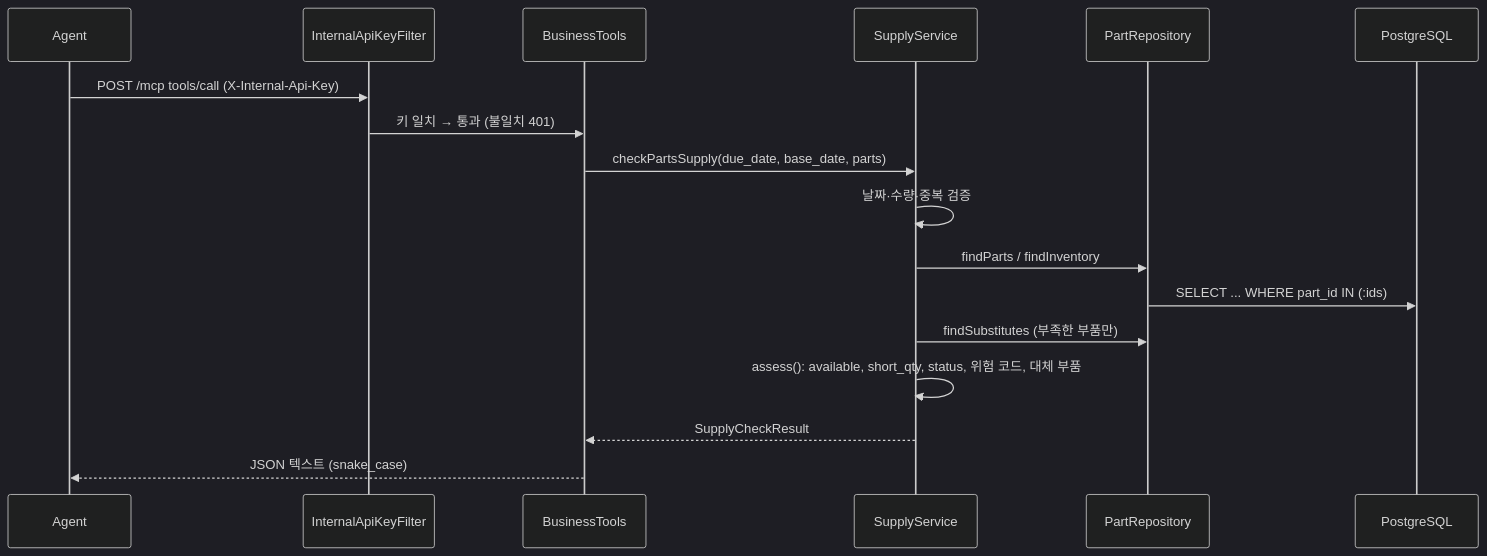
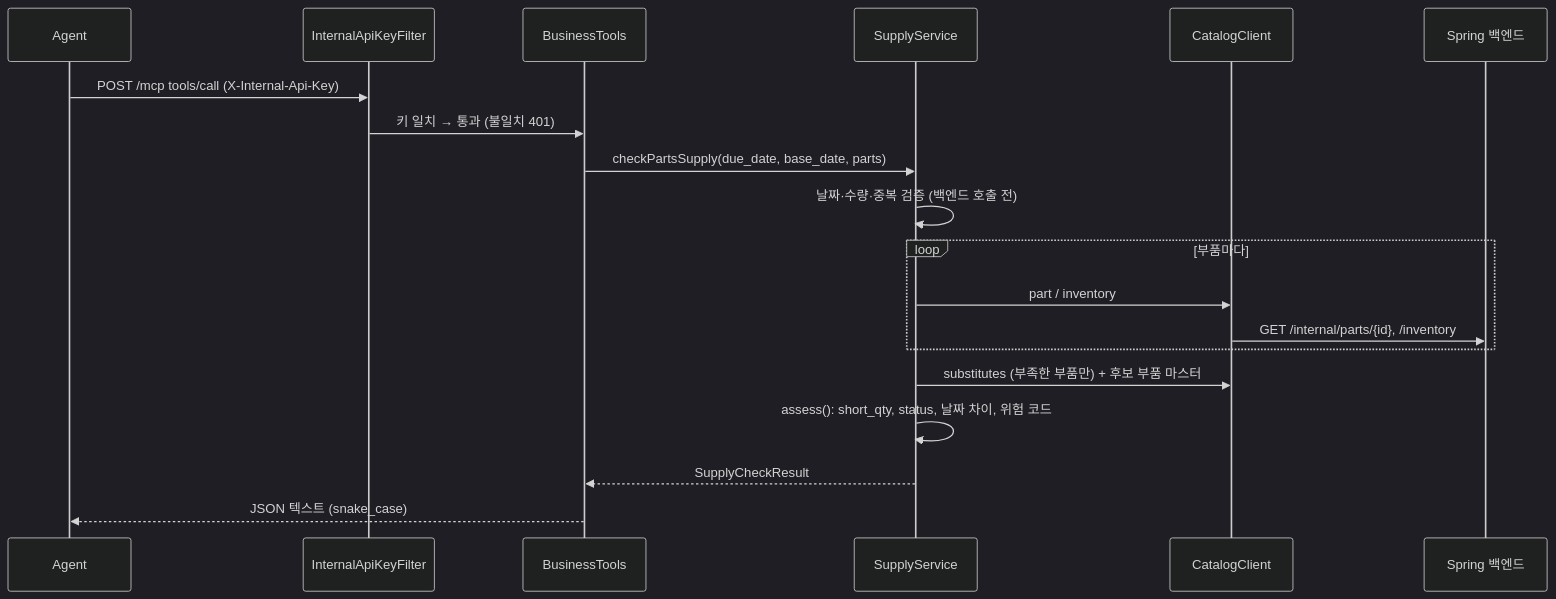
Before and after one commit to SKALA-class5-team1/SupplySync-Business-MCP: the fourth of 5 diagrams in ARCHITECTURE.md, drawn with Mermaid (dark theme). The commit also changed other lines of this file and 2 other files, not shown here.

Commit message:
docs: 백엔드 API 전환과 get_substitutes를 문서에 반영

````diff
--- a/ARCHITECTURE.md
+++ b/ARCHITECTURE.md
@@ -157,19 +155,21 @@
 ```mermaid
 sequenceDiagram
     participant A as Agent
     participant F as InternalApiKeyFilter
     participant T as BusinessTools
     participant S as SupplyService
-    participant R as PartRepository
-    participant D as PostgreSQL
+    participant C as CatalogClient
+    participant B as Spring 백엔드
     A->>F: POST /mcp tools/call (X-Internal-Api-Key)
     F->>T: 키 일치 → 통과 (불일치 401)
     T->>S: checkPartsSupply(due_date, base_date, parts)
-    S->>S: 날짜·수량·중복 검증
-    S->>R: findParts / findInventory
-    R->>D: SELECT ... WHERE part_id IN (:ids)
-    S->>R: findSubstitutes (부족한 부품만)
-    S->>S: assess(): available, short_qty, status, 위험 코드, 대체 부품
+    S->>S: 날짜·수량·중복 검증 (백엔드 호출 전)
+    loop 부품마다
+        S->>C: part / inventory
+        C->>B: GET /internal/parts/{id}, /inventory
+    end
+    S->>C: substitutes (부족한 부품만) + 후보 부품 마스터
+    S->>S: assess(): short_qty, status, 날짜 차이, 위험 코드
     S-->>T: SupplyCheckResult
     T-->>A: JSON 텍스트 (snake_case)
 ```
````
